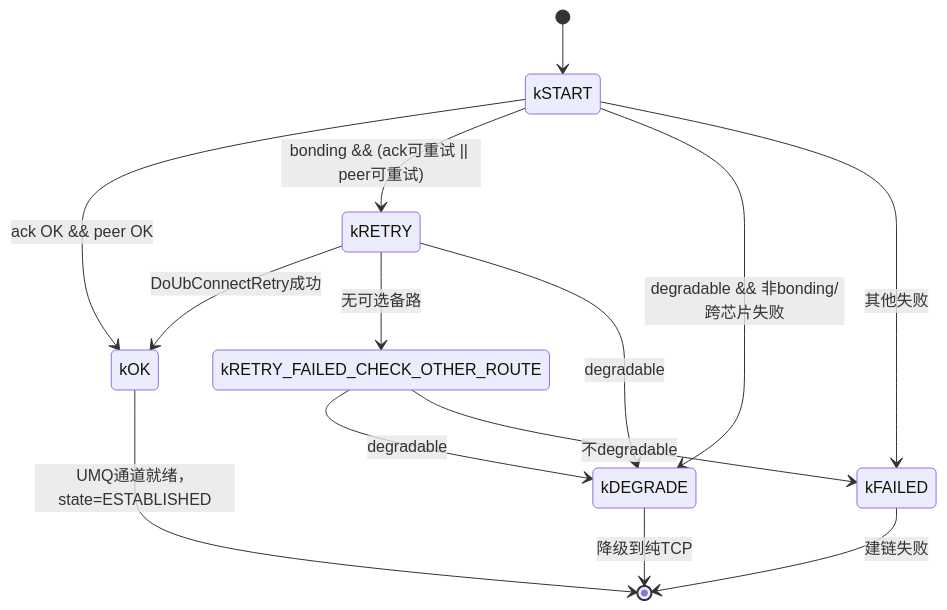
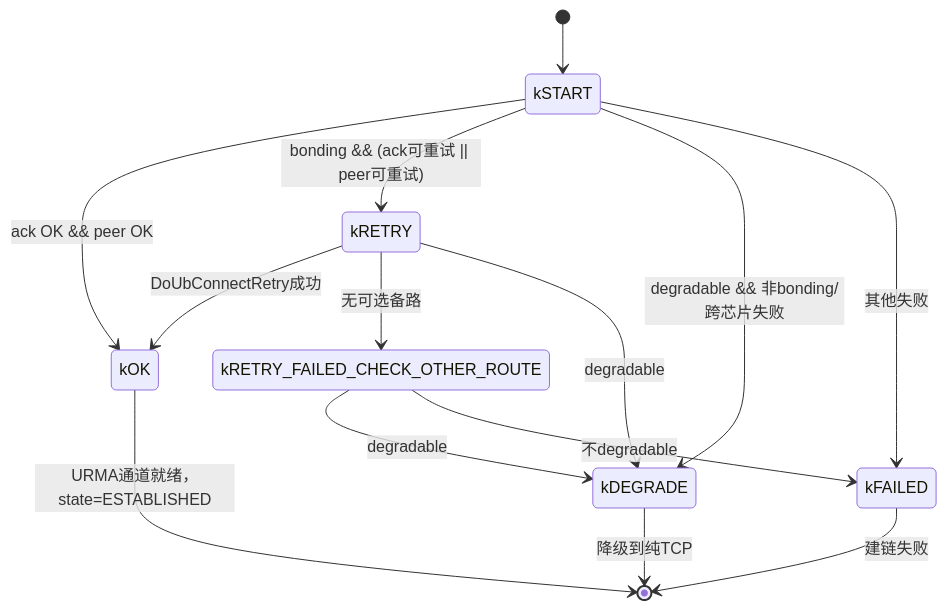
The ninth of 17 diagrams in doc/ubsocket/UBSOCKET-ARCHITECTURE.ch.md (openeuler-mirror/ubs-comm), drawn with Mermaid before and after one commit. The commit also changed other lines of this file and 13 other files, not shown here.

````diff
--- a/doc/ubsocket/UBSOCKET-ARCHITECTURE.ch.md
+++ b/doc/ubsocket/UBSOCKET-ARCHITECTURE.ch.md
@@ -397,19 +364,19 @@
 ```mermaid
 stateDiagram-v2
     [*] --> kSTART
     kSTART --> kOK : ack OK && peer OK
     kSTART --> kRETRY : bonding && (ack可重试 || peer可重试)
     kSTART --> kDEGRADE : degradable && 非bonding/跨芯片失败
     kSTART --> kFAILED : 其他失败
 
     kRETRY --> kOK : DoUbConnectRetry成功
     kRETRY --> kRETRY_FAILED_CHECK_OTHER_ROUTE : 无可选备路
     kRETRY --> kDEGRADE : degradable
 
     kRETRY_FAILED_CHECK_OTHER_ROUTE --> kDEGRADE : degradable
     kRETRY_FAILED_CHECK_OTHER_ROUTE --> kFAILED : 不degradable
 
     kDEGRADE --> [*] : 降级到纯TCP
     kFAILED --> [*] : 建链失败
-    kOK --> [*] : UMQ通道就绪，state=ESTABLISHED
+    kOK --> [*] : URMA通道就绪，state=ESTABLISHED
 ```
````
